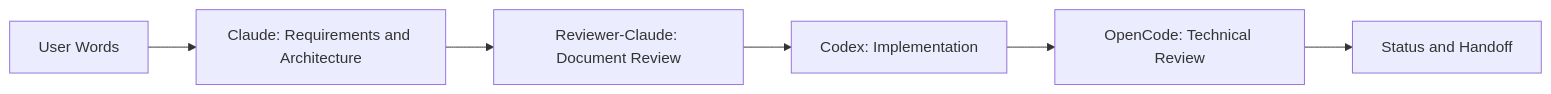
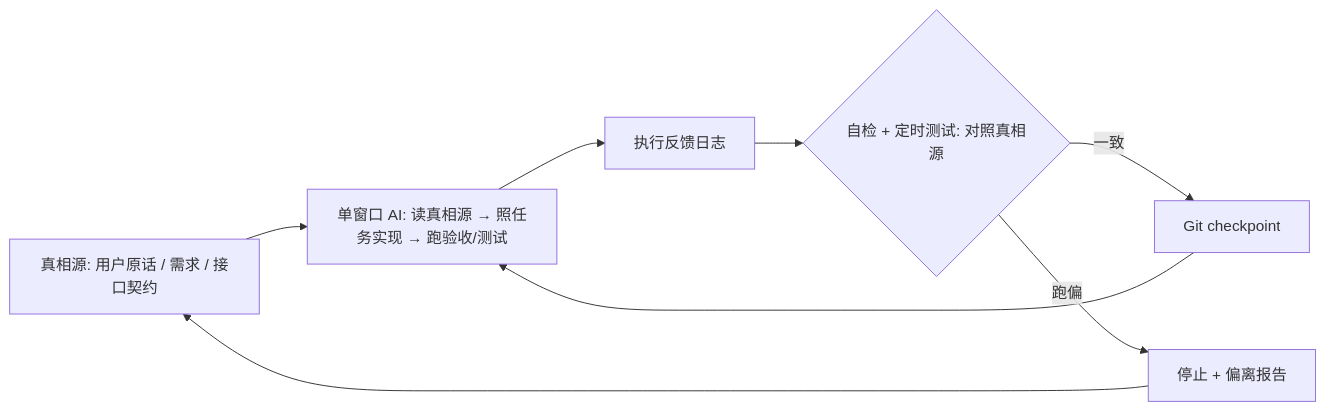
Before and after one commit to 2270525352/Agent-Plan: the third of 3 diagrams in templates/architecture/架构图.md, drawn with Mermaid. The commit also changed other lines of this file and 32 other files, not shown here.

````diff
--- a/templates/architecture/架构图.md
+++ b/templates/architecture/架构图.md
@@ -23,8 +36,10 @@
 ```mermaid
 flowchart LR
-  User["User Words"] --> Claude["Claude: Requirements and Architecture"]
-  Claude --> Reviewer["Reviewer-Claude: Document Review"]
-  Reviewer --> Codex["Codex: Implementation"]
-  Codex --> OpenCode["OpenCode: Technical Review"]
-  OpenCode --> Status["Status and Handoff"]
+  Truth["真相源: 用户原话 / 需求 / 接口契约"] --> AI["单窗口 AI: 读真相源 → 照任务实现 → 跑验收/测试"]
+  AI --> Feedback["执行反馈日志"]
+  Feedback --> Check{"自检 + 定时测试: 对照真相源"}
+  Check -->|一致| Commit["Git checkpoint"]
+  Check -->|跑偏| Stop["停止 + 偏离报告"]
+  Stop --> Truth
+  Commit --> AI
 ```
````
